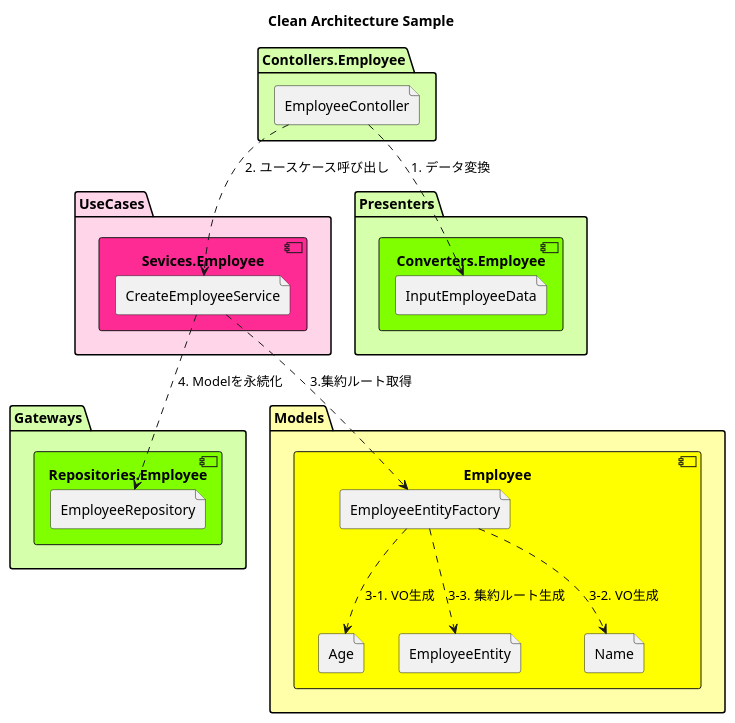
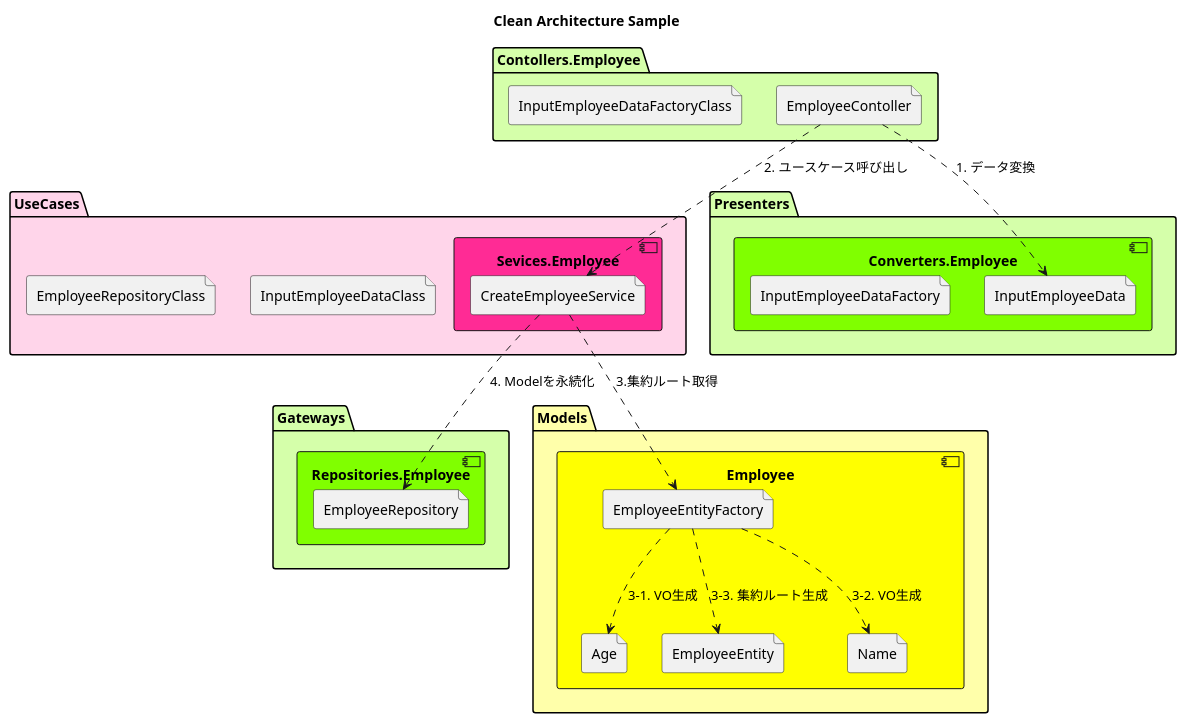
Before and after one commit to kirakirapq/haskell-cleanarchitecture: the diagram in classes.pu, drawn with PlantUML.

```diff
--- a/classes.pu
+++ b/classes.pu
@@ -1,43 +1,51 @@
 @startuml
 title Clean Architecture Sample
 package Gateways #d5ffaa {
     component Repositories.Employee #80ff00 {
             file EmployeeRepository
     }
 }
 
 package Contollers.Employee #d5ffaa {
     file EmployeeContoller
+    ' 追加　generateInputEmployeeData メソッド定義
+    file InputEmployeeDataFactoryClass
 }
 
 package UseCases #ffd5ea {
     component Sevices.Employee #ff2b95 {
         file CreateEmployeeService
     }
+    ' 追加　getNameRaw getAgeRaw  メソッド定義
+    file InputEmployeeDataClass
+    ' 追加 addEmployee  メソッド定義
+    file EmployeeRepositoryClass
 }
 
 package Presenters #d5ffaa {
     component Converters.Employee #80ff00 {
         file InputEmployeeData
+        ' 追加 メソッド実装
+        file InputEmployeeDataFactory
     }
 }
 
 package Models #ffffaa {
     component Employee #ffff00 {
         file Age
         file EmployeeEntity
         file EmployeeEntityFactory
         file Name
     }
 }
 
 EmployeeContoller ..> InputEmployeeData : 1. データ変換
 EmployeeContoller ..> CreateEmployeeService : 2. ユースケース呼び出し
 CreateEmployeeService ..> EmployeeEntityFactory : 3.集約ルート取得
 CreateEmployeeService ..> EmployeeRepository: 4. Modelを永続化
 
 EmployeeEntityFactory ..> Age : 3-1. VO生成
 EmployeeEntityFactory ..> Name : 3-2. VO生成
 EmployeeEntityFactory ..> EmployeeEntity: 3-3. 集約ルート生成
 
 @enduml
```
